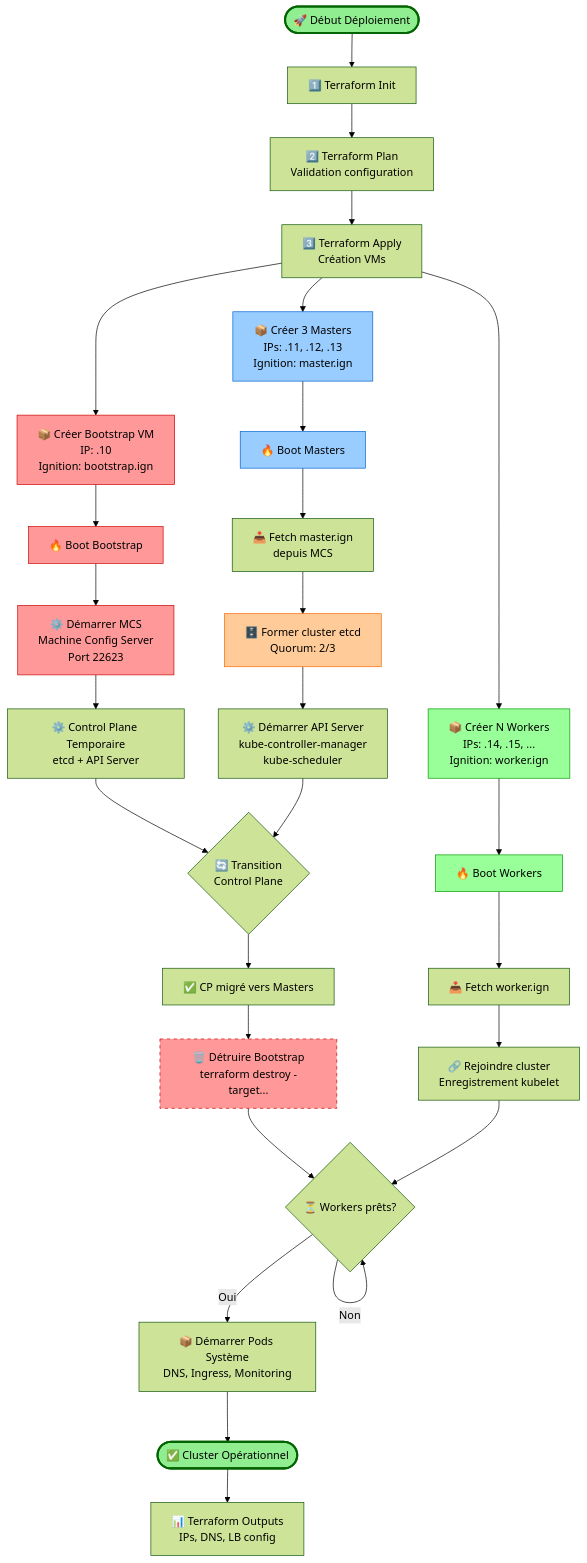
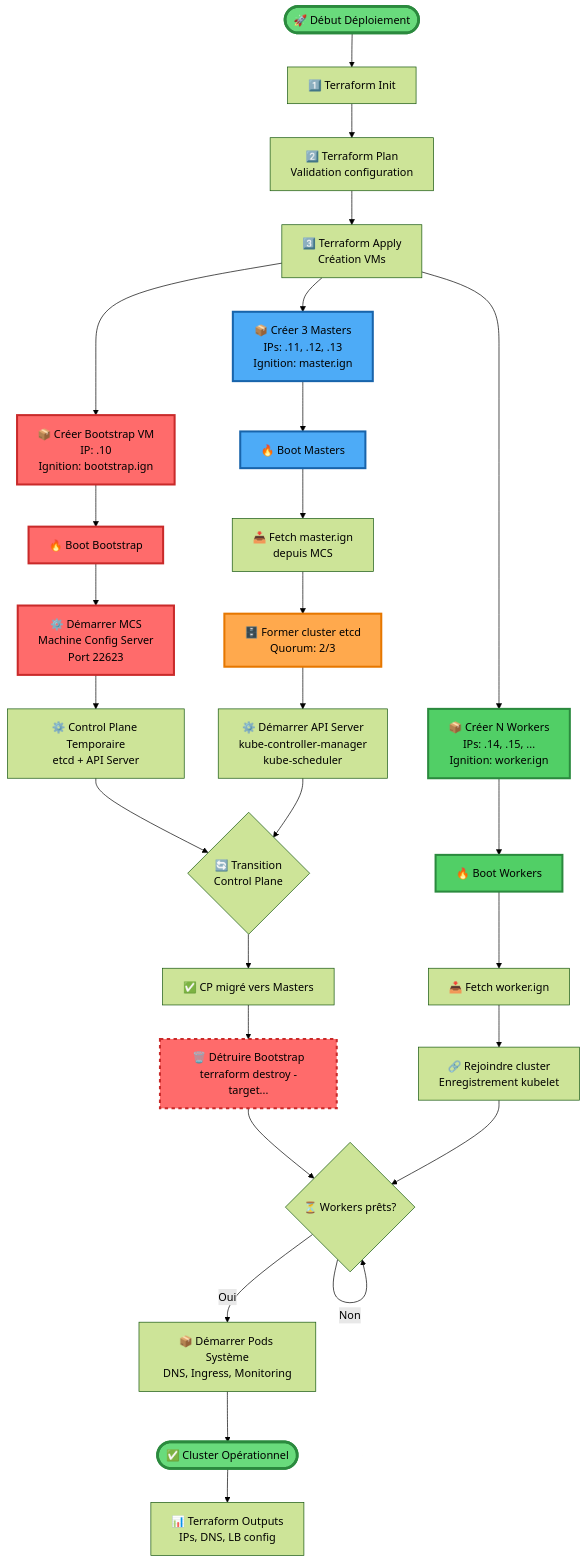
Before and after one commit to Z3ROX-lab/gtt-terraform-pour-openshift-UPI: the second of 8 diagrams in DIAGRAMS_MERMAID.md, drawn with Mermaid (forest theme). The commit also changed other lines of this file, not shown here.

First line of the commit message:
Amélioration des couleurs des diagrammes Mermaid pour meilleure visibilité

````diff
--- a/DIAGRAMS_MERMAID.md
+++ b/DIAGRAMS_MERMAID.md
@@ -107,51 +107,51 @@
 ```mermaid
 flowchart TD
     Start([🚀 Début Déploiement]) --> TF_Init[1️⃣ Terraform Init]
     TF_Init --> TF_Plan[2️⃣ Terraform Plan<br/>Validation configuration]
     TF_Plan --> TF_Apply[3️⃣ Terraform Apply<br/>Création VMs]
 
     TF_Apply --> CreateBootstrap[📦 Créer Bootstrap VM<br/>IP: .10<br/>Ignition: bootstrap.ign]
     TF_Apply --> CreateMasters[📦 Créer 3 Masters<br/>IPs: .11, .12, .13<br/>Ignition: master.ign]
     TF_Apply --> CreateWorkers[📦 Créer N Workers<br/>IPs: .14, .15, ...<br/>Ignition: worker.ign]
 
     CreateBootstrap --> BootBootstrap[🔥 Boot Bootstrap]
     BootBootstrap --> StartMCS[⚙️ Démarrer MCS<br/>Machine Config Server<br/>Port 22623]
     StartMCS --> StartTempCP[⚙️ Control Plane Temporaire<br/>etcd + API Server]
 
     CreateMasters --> BootMasters[🔥 Boot Masters]
     BootMasters --> FetchIgnition[📥 Fetch master.ign<br/>depuis MCS]
     FetchIgnition --> FormEtcd[🗄️ Former cluster etcd<br/>Quorum: 2/3]
     FormEtcd --> StartAPI[⚙️ Démarrer API Server<br/>kube-controller-manager<br/>kube-scheduler]
 
     StartTempCP --> Transition{🔄 Transition<br/>Control Plane}
     StartAPI --> Transition
 
     Transition --> MigrateCPToMasters[✅ CP migré vers Masters]
     MigrateCPToMasters --> DestroyBootstrap[🗑️ Détruire Bootstrap<br/>terraform destroy -target...]
 
     CreateWorkers --> BootWorkers[🔥 Boot Workers]
     BootWorkers --> FetchWorkerIgnition[📥 Fetch worker.ign]
     FetchWorkerIgnition --> JoinCluster[🔗 Rejoindre cluster<br/>Enregistrement kubelet]
 
     DestroyBootstrap --> WaitWorkers{⏳ Workers prêts?}
     JoinCluster --> WaitWorkers
 
     WaitWorkers -->|Non| WaitWorkers
     WaitWorkers -->|Oui| StartSystemPods[📦 Démarrer Pods Système<br/>DNS, Ingress, Monitoring]
 
     StartSystemPods --> ClusterReady([✅ Cluster Opérationnel])
 
     ClusterReady --> Outputs[📊 Terraform Outputs<br/>IPs, DNS, LB config]
 
-    style Start fill:#90EE90,stroke:#006400,stroke-width:3px
-    style ClusterReady fill:#90EE90,stroke:#006400,stroke-width:3px
-    style CreateBootstrap fill:#ff9999,stroke:#cc0000
-    style BootBootstrap fill:#ff9999,stroke:#cc0000
-    style StartMCS fill:#ff9999,stroke:#cc0000
-    style DestroyBootstrap fill:#ff9999,stroke:#cc0000,stroke-dasharray: 5 5
-    style CreateMasters fill:#99ccff,stroke:#0066cc
-    style BootMasters fill:#99ccff,stroke:#0066cc
-    style FormEtcd fill:#ffcc99,stroke:#ff6600
-    style CreateWorkers fill:#99ff99,stroke:#009900
-    style BootWorkers fill:#99ff99,stroke:#009900
+    style Start fill:#69db7c,stroke:#2b8a3e,stroke-width:4px
+    style ClusterReady fill:#69db7c,stroke:#2b8a3e,stroke-width:4px
+    style CreateBootstrap fill:#ff6b6b,stroke:#c92a2a,stroke-width:3px
+    style BootBootstrap fill:#ff6b6b,stroke:#c92a2a,stroke-width:3px
+    style StartMCS fill:#ff6b6b,stroke:#c92a2a,stroke-width:3px
+    style DestroyBootstrap fill:#ff6b6b,stroke:#c92a2a,stroke-width:3px,stroke-dasharray: 5 5
+    style CreateMasters fill:#4dabf7,stroke:#1864ab,stroke-width:3px
+    style BootMasters fill:#4dabf7,stroke:#1864ab,stroke-width:3px
+    style FormEtcd fill:#ffa94d,stroke:#e67700,stroke-width:3px
+    style CreateWorkers fill:#51cf66,stroke:#2b8a3e,stroke-width:3px
+    style BootWorkers fill:#51cf66,stroke:#2b8a3e,stroke-width:3px
 ```
````
